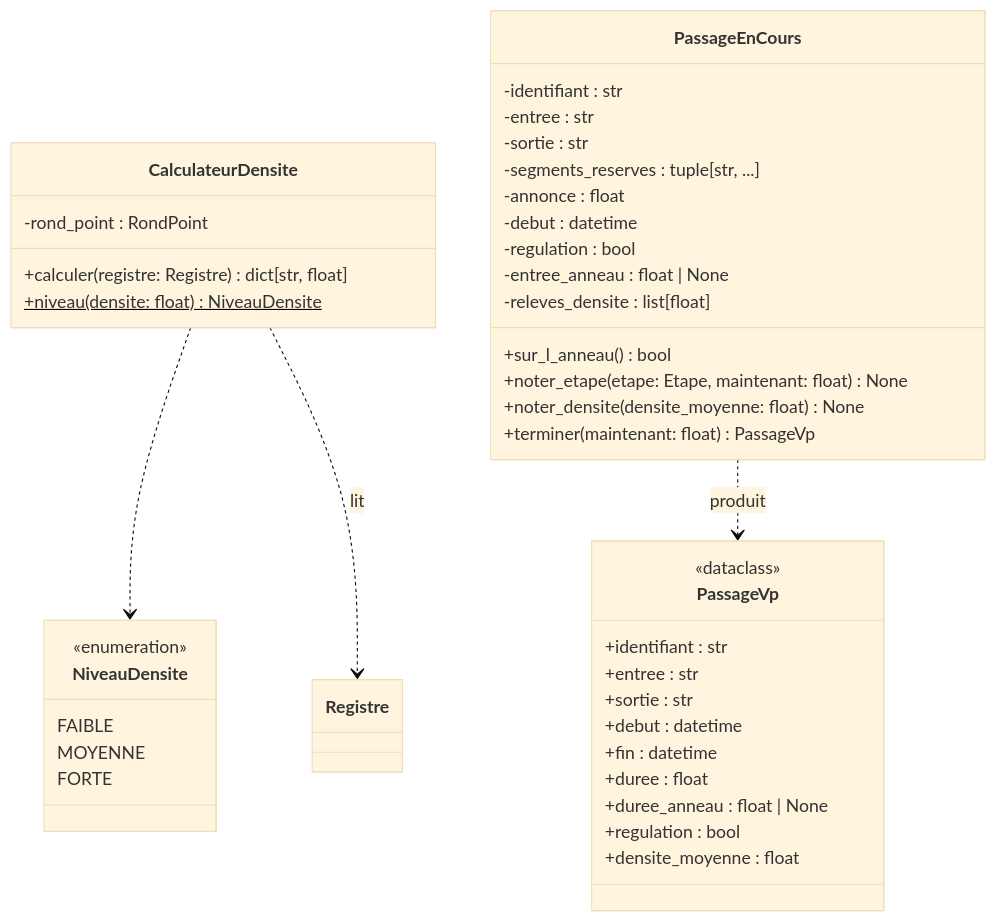
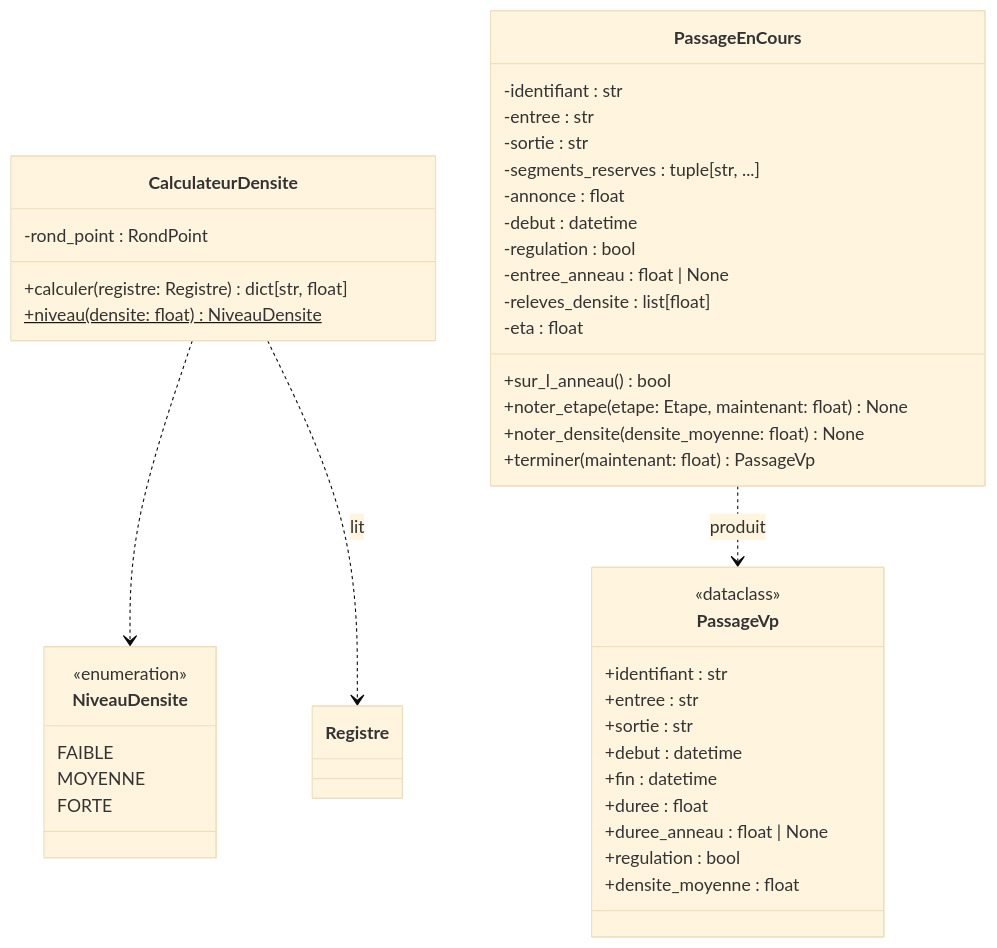
The seventh of 12 diagrams in docs/uml.md (vRayzix/SAE3.02_Developper-une-application-communicante), drawn with Mermaid (base theme) before and after one commit. The commit also changed other lines of this file and 1 other file, not shown here.

First line of the commit message:
docs(uml): diagramme final, membres et dépendances repris du code

````diff
--- a/docs/uml.md
+++ b/docs/uml.md
@@ -530,48 +548,49 @@
 ```mermaid
 classDiagram
     class NiveauDensite {
         <<enumeration>>
         FAIBLE
         MOYENNE
         FORTE
     }
 
     class CalculateurDensite {
         -rond_point : RondPoint
         +calculer(registre: Registre) dict[str, float]
         +niveau(densite: float) NiveauDensite$
     }
 
     class PassageEnCours {
         -identifiant : str
         -entree : str
         -sortie : str
         -segments_reserves : tuple[str, ...]
         -annonce : float
         -debut : datetime
         -regulation : bool
         -entree_anneau : float | None
         -releves_densite : list[float]
+        -eta : float
         +sur_l_anneau() bool
         +noter_etape(etape: Etape, maintenant: float) None
         +noter_densite(densite_moyenne: float) None
         +terminer(maintenant: float) PassageVp
     }
 
     class PassageVp {
         <<dataclass>>
         +identifiant : str
         +entree : str
         +sortie : str
         +debut : datetime
         +fin : datetime
         +duree : float
         +duree_anneau : float | None
         +regulation : bool
         +densite_moyenne : float
     }
 
     CalculateurDensite ..> NiveauDensite
     CalculateurDensite ..> Registre : lit
     PassageEnCours ..> PassageVp : produit
 ```
````
